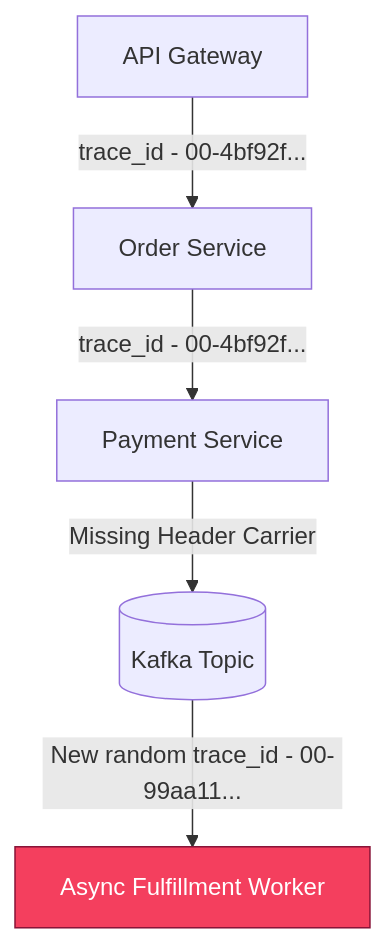
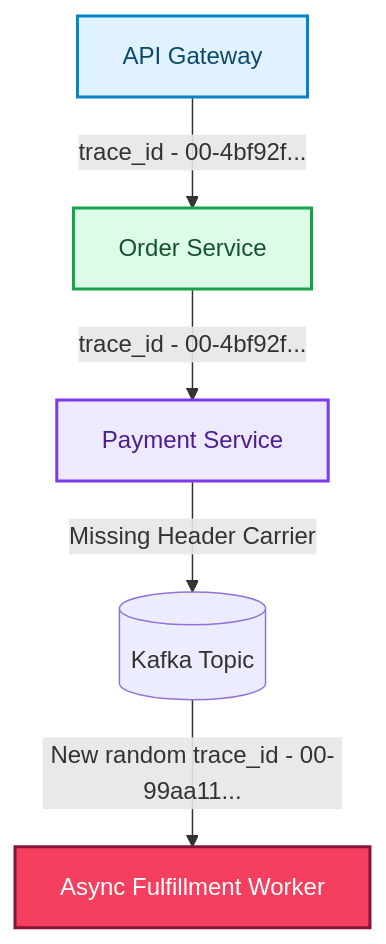
The fifth of 5 diagrams in blog/posts/7-fatal-microservices-gotchas-uber-netflix-discord-aws.md (akmalkhaniub/akmalkhaniub.github.io), drawn with Mermaid before and after one commit. The commit also changed other lines of this file and 1291 other files, not shown here.

First line of the commit message:
feat(catalog): unique covers, scholarly references, and diagram palettes

````diff
--- a/blog/posts/7-fatal-microservices-gotchas-uber-netflix-discord-aws.md
+++ b/blog/posts/7-fatal-microservices-gotchas-uber-netflix-discord-aws.md
@@ -235,9 +262,19 @@
 ```mermaid
 flowchart TD
-  API[API Gateway] -->|trace_id - 00-4bf92f...| SvcA[Order Service]
-  SvcA -->|trace_id - 00-4bf92f...| SvcB[Payment Service]
+  API["API Gateway"] -->|trace_id - 00-4bf92f...| SvcA["Order Service"]
+  SvcA -->|trace_id - 00-4bf92f...| SvcB["Payment Service"]
   SvcB -->|Missing Header Carrier| Kafka[(Kafka Topic)]
-  Kafka -->|New random trace_id - 00-99aa11...| Worker[Async Fulfillment Worker]
+  Kafka -->|New random trace_id - 00-99aa11...| Worker["Async Fulfillment Worker"]
   
   style Worker fill:#f43f5e,stroke:#881337,color:#ffffff
+
+classDef green fill:#dcfce7,stroke:#16a34a,stroke-width:2px,color:#14532d;
+classDef red fill:#fee2e2,stroke:#dc2626,stroke-width:2px,color:#7f1d1d;
+classDef blue fill:#e0f2fe,stroke:#0284c7,stroke-width:2px,color:#0c4a6e;
+classDef yellow fill:#fef3c7,stroke:#d97706,stroke-width:2px,color:#78350f;
+classDef purple fill:#ede9fe,stroke:#7c3aed,stroke-width:2px,color:#4c1d95;
+class API blue
+class SvcA green
+class SvcB purple
+class Worker yellow
 ```
````
